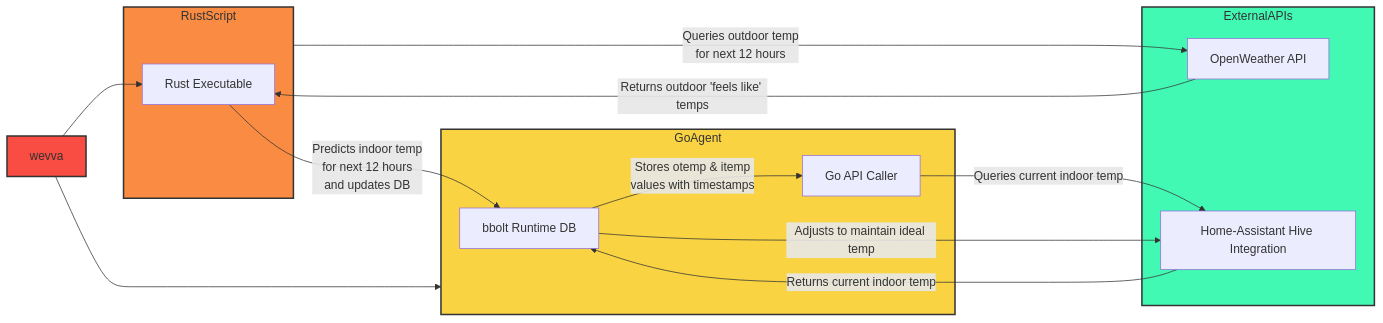
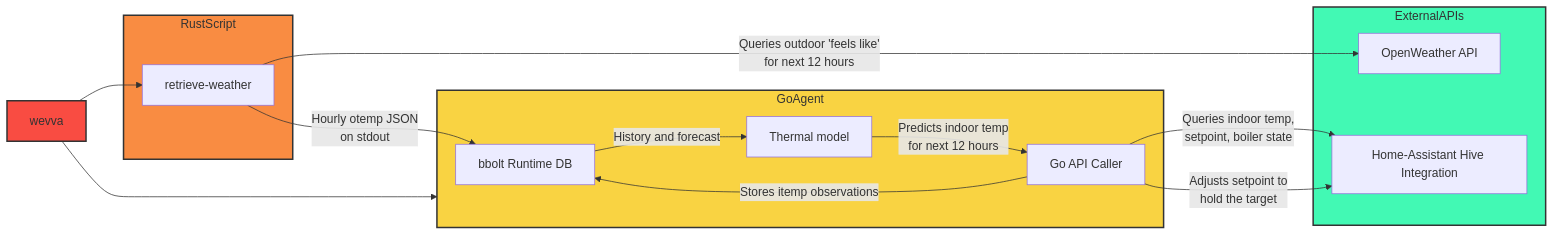
The diagram in README.md (b97en/wevva), drawn with Mermaid before and after one commit. The commit also changed other lines of this file and 30 other files, not shown here.

First line of the commit message:
Finish the agent: predict indoor temperature and drive Hive ahead of the cold

````diff
--- a/README.md
+++ b/README.md
@@ -20,33 +20,34 @@
 ```mermaid
 graph LR
     wevva[wevva] --> GoAgent
     wevva[wevva] --> RS
 
     subgraph GoAgent
     DB[bbolt Runtime DB]
+    Model[Thermal model]
     GoAPI[Go API Caller]
     end
 
     subgraph RustScript
-    RS[Rust Executable]
+    RS[retrieve-weather]
     end
 
     subgraph ExternalAPIs
     WeatherAPI[OpenWeather API]
     HiveAPI[Home-Assistant Hive Integration]
     end
 
-    RustScript -- "Queries outdoor temp<br>for next 12 hours" --> WeatherAPI
-    GoAPI -- "Queries current indoor temp" --> HiveAPI
-    WeatherAPI -- "Returns outdoor 'feels like' temps" --> RS
-    HiveAPI -- "Returns current indoor temp" --> DB
-    RS -- "Predicts indoor temp<br>for next 12 hours<br>and updates DB" --> DB
-    DB -- "Stores otemp & itemp<br>values with timestamps" --> GoAPI
-    DB-- "Adjusts to maintain ideal temp" --> HiveAPI
+    RS -- "Queries outdoor 'feels like'<br>for next 12 hours" --> WeatherAPI
+    RS -- "Hourly otemp JSON<br>on stdout" --> DB
+    GoAPI -- "Queries indoor temp,<br>setpoint, boiler state" --> HiveAPI
+    GoAPI -- "Stores itemp observations" --> DB
+    DB -- "History and forecast" --> Model
+    Model -- "Predicts indoor temp<br>for next 12 hours" --> GoAPI
+    GoAPI -- "Adjusts setpoint to<br>hold the target" --> HiveAPI
 
 
     style wevva fill:#f94c42,stroke:#333,stroke-width:2px
     style GoAgent fill:#f9d342,stroke:#333,stroke-width:2px
     style RustScript fill:#f98c42,stroke:#333,stroke-width:2px
     style ExternalAPIs fill:#42f9b4,stroke:#333,stroke-width:2px
 ```
````
